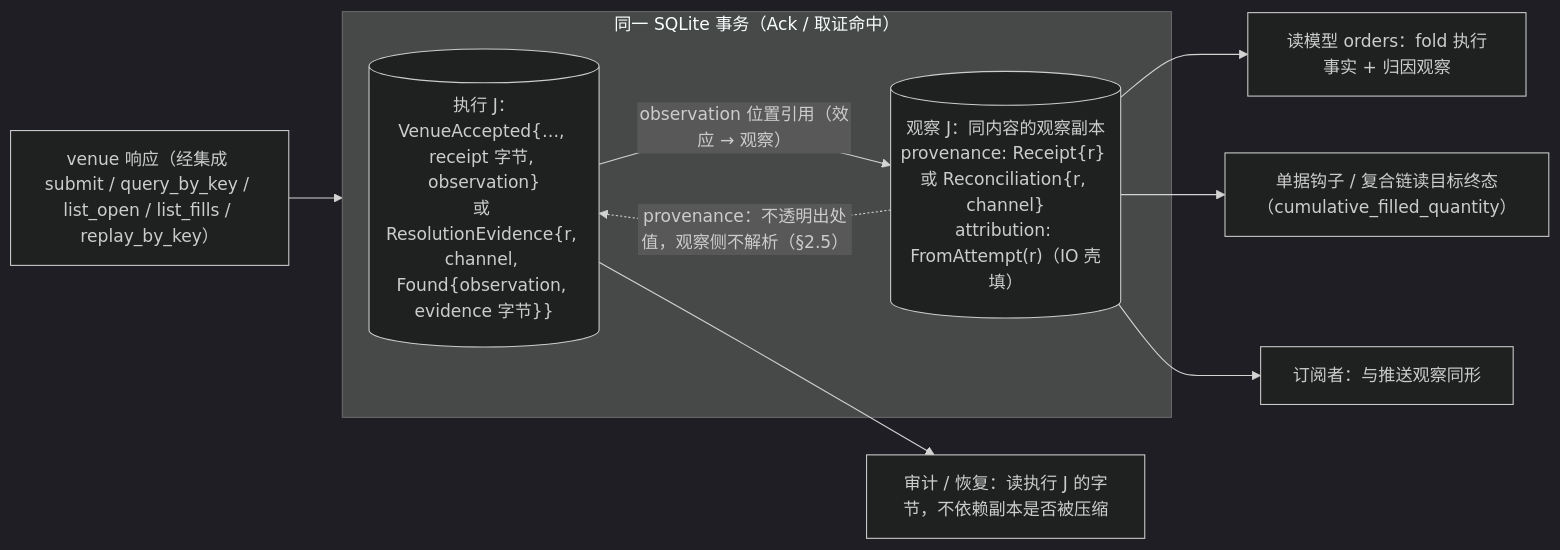
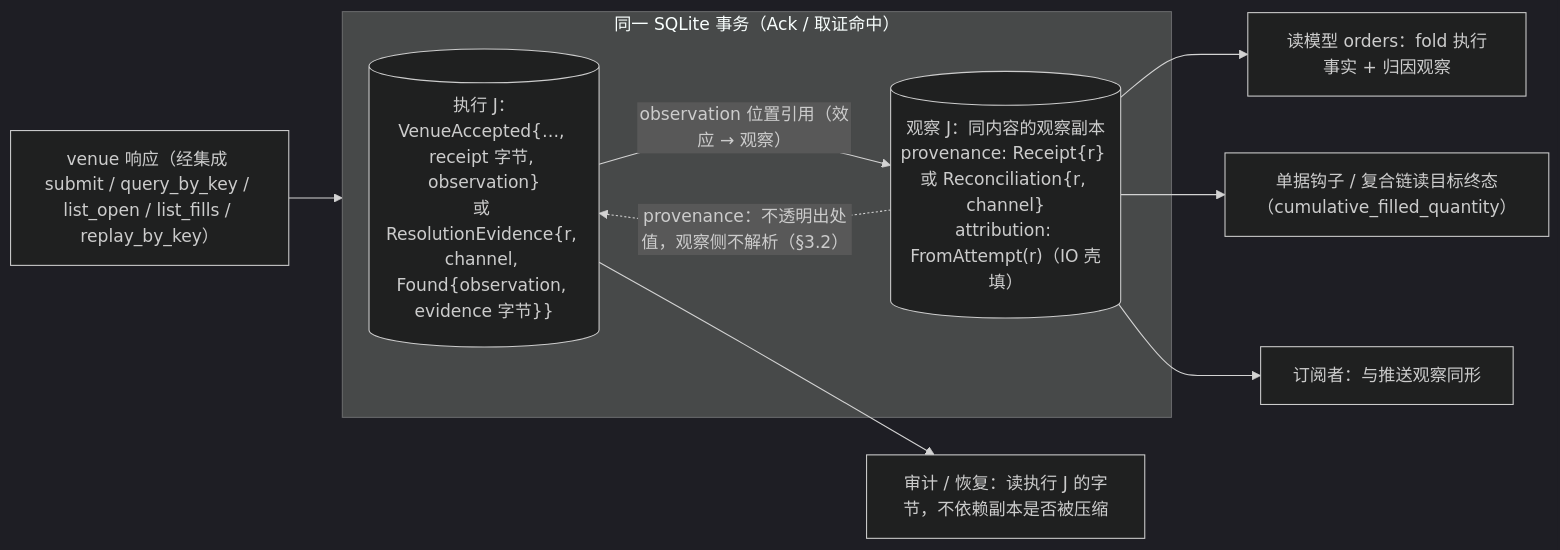
One commit to mouriya-s-lab/uta changed the third of 7 diagrams in design/diagrams/06-io-shell-attempt.md. Above: the diagram before and after it, drawn with Mermaid (dark theme). The commit also changed other lines of this file and 24 other files, not shown here.

````diff
--- a/design/diagrams/06-io-shell-attempt.md
+++ b/design/diagrams/06-io-shell-attempt.md
@@ -101,14 +101,14 @@
 ```mermaid
 flowchart LR
   V["venue 响应（经集成 submit / query_by_key / list_open / list_fills / replay_by_key）"] --> TX
   subgraph TX["同一 SQLite 事务（Ack / 取证命中）"]
     E[("执行 J：VenueAccepted{…, receipt 字节, observation}<br/>或 ResolutionEvidence{r, channel, Found{observation, evidence 字节}}")]
     O[("观察 J：同内容的观察副本<br/>provenance: Receipt{r} 或 Reconciliation{r, channel}<br/>attribution: FromAttempt(r)（IO 壳填）")]
     E -->|"observation 位置引用（效应 → 观察）"| O
-    O -.->|"provenance：不透明出处值，观察侧不解析（§2.5）"| E
+    O -.->|"provenance：不透明出处值，观察侧不解析（§3.2）"| E
   end
   E --> AUD["审计 / 恢复：读执行 J 的字节，不依赖副本是否被压缩"]
   O --> RM["读模型 orders：fold 执行事实 + 归因观察"]
   O --> HOOK["单据钩子 / 复合链读目标终态（cumulative_filled_quantity）"]
   O --> SUBS["订阅者：与推送观察同形"]
 ```
````
